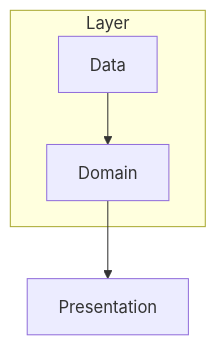
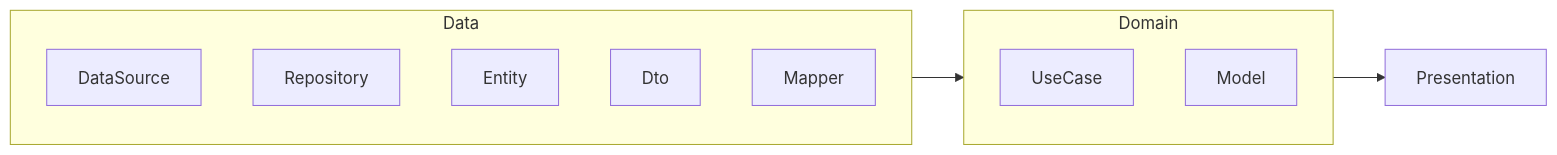
One commit to choiexe1/local changed the first of 2 diagrams in Daily/2025-04/2025-04-16.md. Above: the diagram before and after it, drawn with Mermaid. The commit also changed other lines of this file and 1 other file, not shown here.

Commit message:
vault backup: 2025-04-16 11:36:37

````diff
--- a/Daily/2025-04/2025-04-16.md
+++ b/Daily/2025-04/2025-04-16.md
@@ -13,8 +13,19 @@
 ```mermaid
-graph
+graph LR
 
-subgraph Layer
-	Data --> Domain
+subgraph Data
+	DataSource
+	Repository
+	Entity
+	Dto
+	Mapper
 end
-Domain --> Presentation
+
+subgraph Domain
+	UseCase
+	Repository
+	Model
+end
+
+Data --> Domain --> Presentation 
 ```
````
